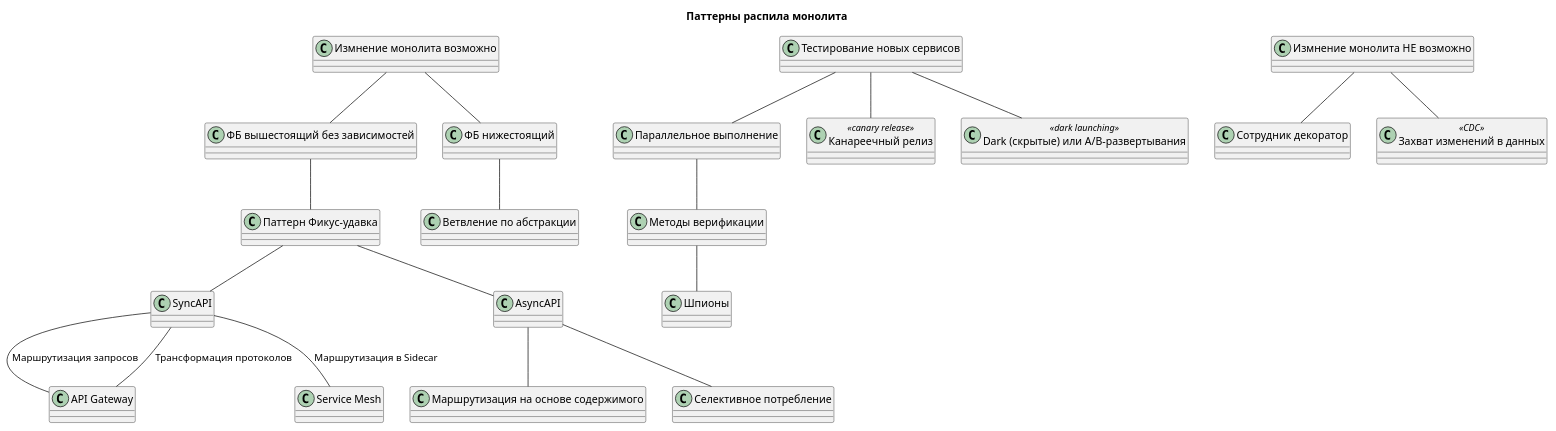
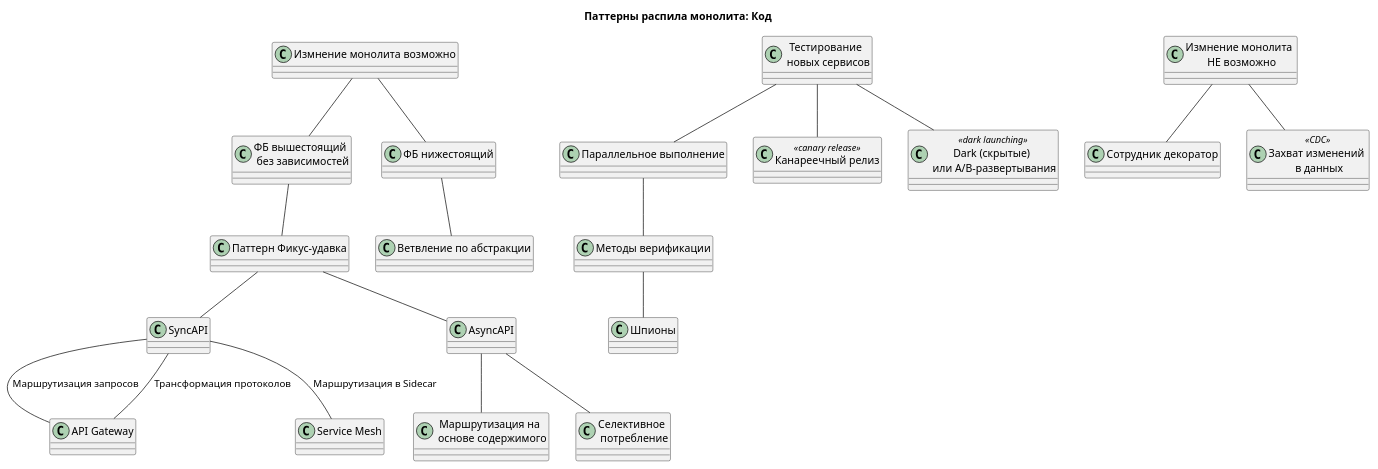
One commit to daemon110282/daemon110282.github.io changed the diagram in arch/pattern/monolit2msa.puml. Above: the diagram before and after it, drawn with PlantUML. The commit also changed 2 other files, not shown here.

```diff
--- a/arch/pattern/monolit2msa.puml
+++ b/arch/pattern/monolit2msa.puml
@@ -1,55 +1,46 @@
 @startuml (@id=code)
 
-title Паттерны распила монолита
+title Паттерны распила монолита: Код
 
 class "Измнение монолита возможно"
 class "Паттерн Фикус-удавка"
-class "ФБ вышестоящий без зависимостей"
-"Измнение монолита возможно" -- "ФБ вышестоящий без зависимостей"
-"ФБ вышестоящий без зависимостей" -- "Паттерн Фикус-удавка" 
+class "ФБ вышестоящий \n без зависимостей"
+"Измнение монолита возможно" -- "ФБ вышестоящий \n без зависимостей"
+"ФБ вышестоящий \n без зависимостей" -- "Паттерн Фикус-удавка" 
 class "API Gateway"
 class SyncAPI 
 "Паттерн Фикус-удавка" -- SyncAPI 
 SyncAPI -- "API Gateway" : Маршрутизация запросов
 SyncAPI -- "API Gateway" : Трансформация протоколов
 class "Service Mesh" 
 SyncAPI -- "Service Mesh" : Маршрутизация в Sidecar 
 
 class AsyncAPI
 "Паттерн Фикус-удавка" -- AsyncAPI 
-AsyncAPI -- "Маршрутизация на основе содержимого"
-AsyncAPI -- "Селективное потребление"
+AsyncAPI -- "Маршрутизация на \n основе содержимого"
+AsyncAPI -- "Селективное \n потребление"
 
 
 class "ФБ нижестоящий"
 "Измнение монолита возможно" -- "ФБ нижестоящий"
 class "Ветвление по абстракции"
 "ФБ нижестоящий" -- "Ветвление по абстракции" 
 
 
-class "Тестирование новых сервисов"
+class "Тестирование \n новых сервисов"
 class "Параллельное выполнение"
 class "Канареечный релиз" <<canary release>>
-class "Dark (скрытые) или А/В-развертывания" <<dark launching>>
-"Тестирование новых сервисов" -- "Параллельное выполнение"
-"Тестирование новых сервисов" -- "Канареечный релиз"
-"Тестирование новых сервисов" -- "Dark (скрытые) или А/В-развертывания"
+class "Dark (скрытые) \n или А/В-развертывания" <<dark launching>>
+"Тестирование \n новых сервисов" -- "Параллельное выполнение"
+"Тестирование \n новых сервисов" -- "Канареечный релиз"
+"Тестирование \n новых сервисов" -- "Dark (скрытые) \n или А/В-развертывания"
 
 "Параллельное выполнение" -- "Методы верификации"
 "Методы верификации" -- "Шпионы"
 
-class "Измнение монолита НЕ возможно"
-"Измнение монолита НЕ возможно" -- "Сотрудник декоратор"
-class "Захват изменений в данных" <<CDC>>
-"Измнение монолита НЕ возможно" -- "Захват изменений в данных"
-
-
-' <<Core Domain>>
-' Предметная_Область "1" -- "*" Предметная_Подобласть: включает 
-' Смысловое_Ядро -- Предметная_Область: важна бизнесу
-' class Ограниченный_контекст <<Bounded Context>>
-' Ограниченный_контекст -- Предметная_Область : единый язык
-' class Карта_контекстов <<Map Context>>
-' Карта_контекстов - Ограниченный_контекст: содержит
+class "Измнение монолита \n НЕ возможно"
+"Измнение монолита \n НЕ возможно" -- "Сотрудник декоратор"
+class "Захват изменений \n в данных" <<CDC>>
+"Измнение монолита \n НЕ возможно" -- "Захват изменений \n в данных"
 
 @enduml
```
